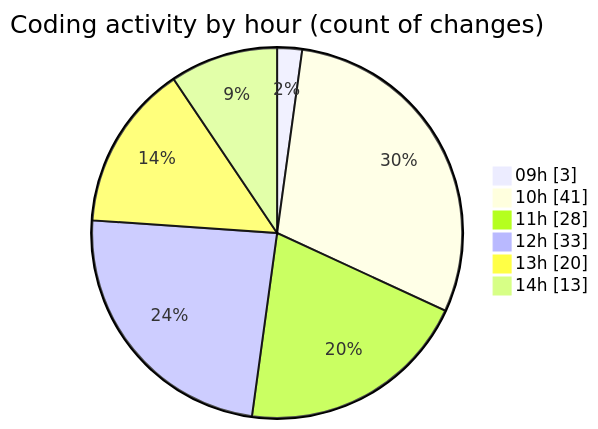
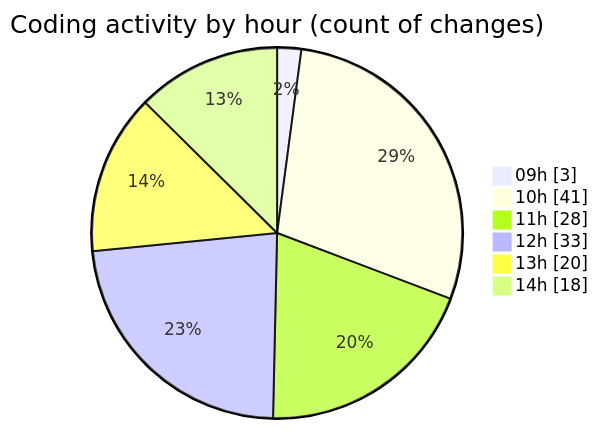
The second of 2 diagrams in 2025-05-19/ecodeli-1/README.md (CELIANVF/code-tracking), drawn with Mermaid before and after one commit. The commit also changed other lines of this file and 1 other file, not shown here.

````diff
--- a/2025-05-19/ecodeli-1/README.md
+++ b/2025-05-19/ecodeli-1/README.md
@@ -67,10 +68,10 @@
 ```mermaid
 pie showData
 title Coding activity by hour (count of changes)
 "09h" : 3
 "10h" : 41
 "11h" : 28
 "12h" : 33
 "13h" : 20
-"14h" : 13
+"14h" : 18
 ```
````
